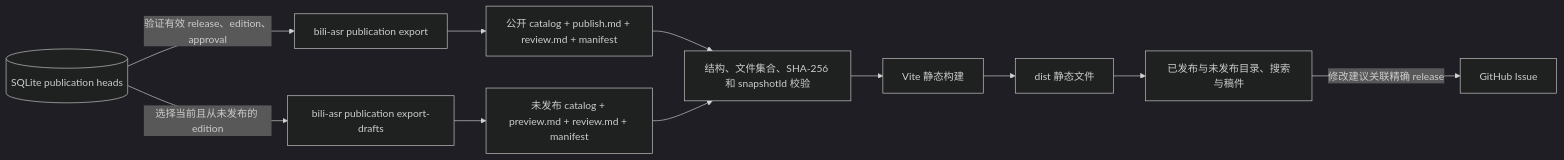
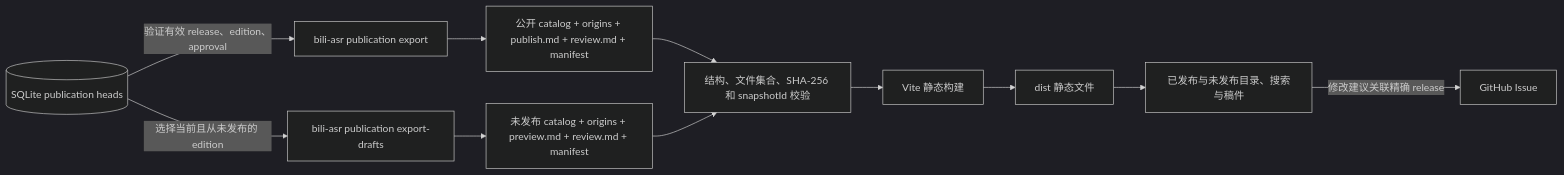
Before and after one commit to SuperCatQR/markdown-reading-site: the diagram in README.md, drawn with Mermaid (dark theme). The commit also changed other lines of this file and 67 other files, not shown here.

````diff
--- a/README.md
+++ b/README.md
@@ -16,13 +16,13 @@
 ```mermaid
 flowchart LR
   db[(SQLite publication heads)] -->|验证有效 release、edition、approval| exporter[bili-asr publication export]
-  exporter --> content[公开 catalog + publish.md + review.md + manifest]
+  exporter --> content[公开 catalog + origins + publish.md + review.md + manifest]
   db -->|选择当前且从未发布的 edition| draftExporter[bili-asr publication export-drafts]
-  draftExporter --> drafts[未发布 catalog + preview.md + review.md + manifest]
+  draftExporter --> drafts[未发布 catalog + origins + preview.md + review.md + manifest]
   content --> validate[结构、文件集合、SHA-256 和 snapshotId 校验]
   drafts --> validate
   validate --> vite[Vite 静态构建]
   vite --> dist[dist 静态文件]
   dist --> browser[已发布与未发布目录、搜索与稿件]
   browser -->|修改建议关联精确 release| issue[GitHub Issue]
 ```
````
